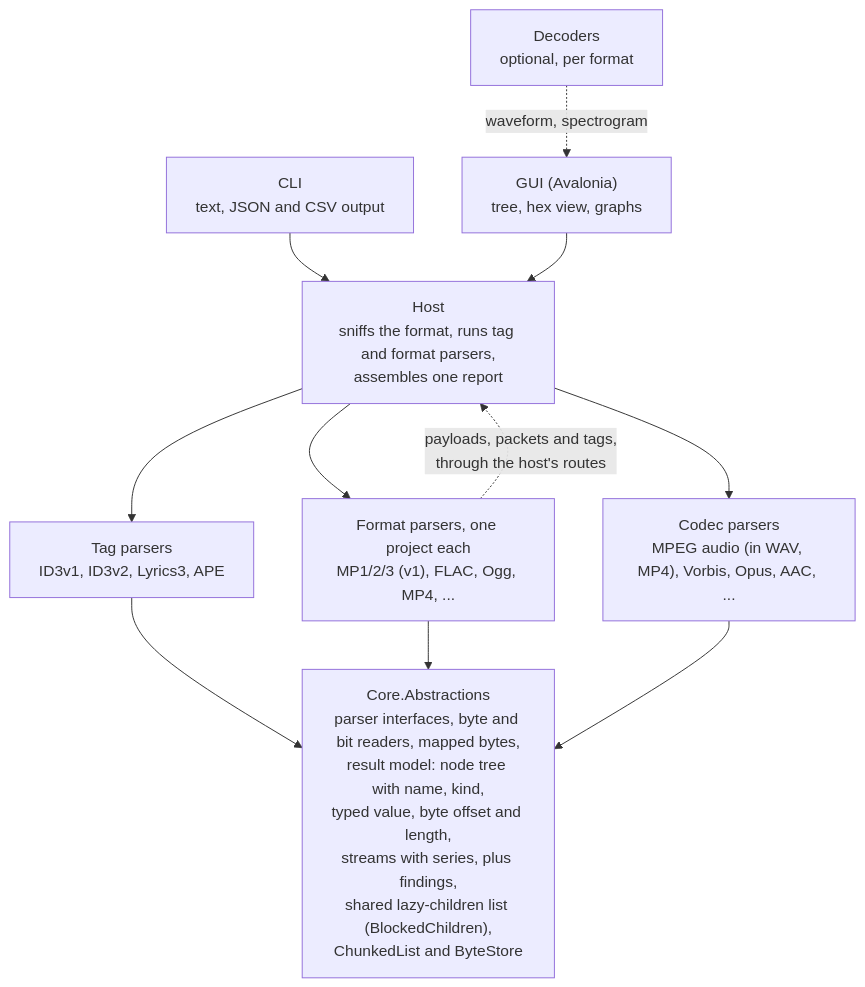
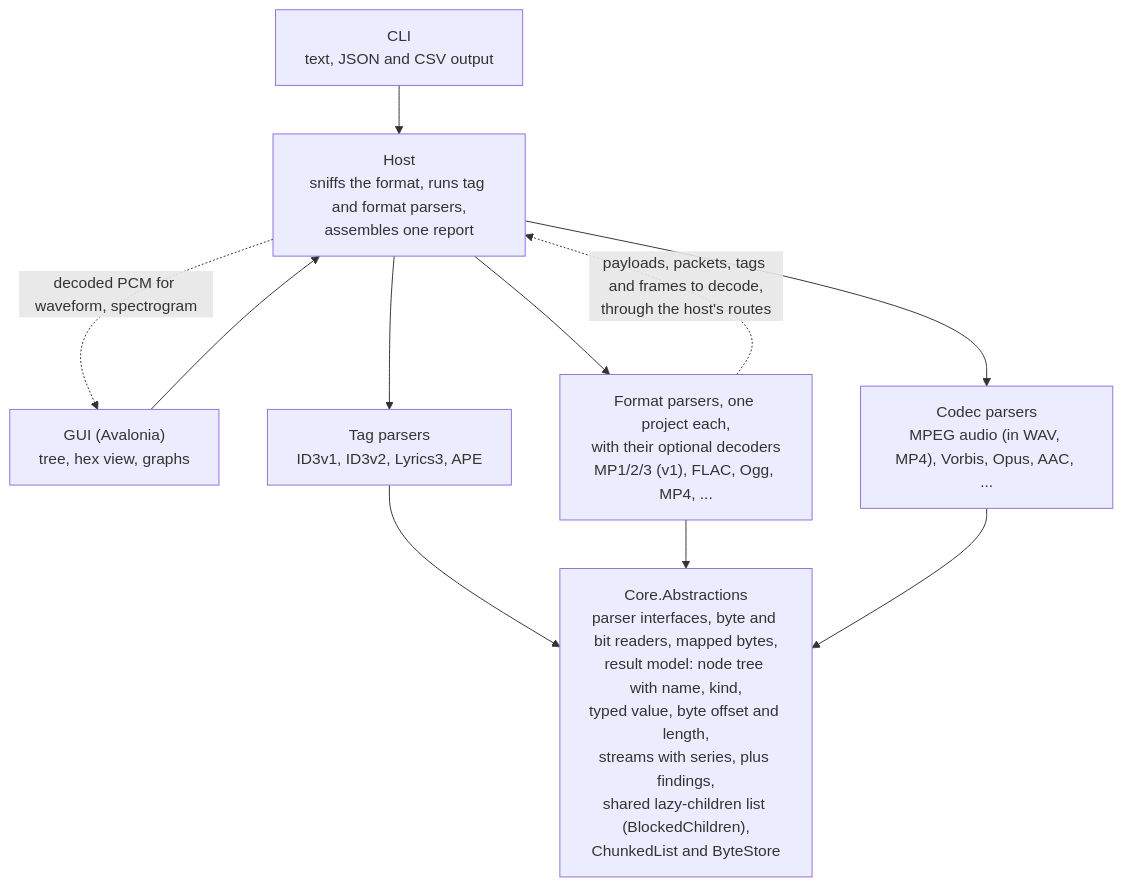
The diagram in docs/PLAN.md (smares/encspect), drawn with Mermaid before and after one commit. The commit also changed other lines of this file and 1 other file, not shown here.

First paragraph of the commit message:
Decoder contract for phase 3 (approved design) (#116)
* Draft the decoder contract for phase 3

````diff
--- a/docs/PLAN.md
+++ b/docs/PLAN.md
@@ -47,13 +47,13 @@
 ```mermaid
 flowchart TD
     CLI["CLI<br/>text, JSON and CSV output"] --> Host
     GUI["GUI (Avalonia)<br/>tree, hex view, graphs"] --> Host
-    Decoders["Decoders<br/>optional, per format"] -.->|"waveform, spectrogram"| GUI
+    Host -.->|"decoded PCM for waveform, spectrogram"| GUI
     Host["Host<br/>sniffs the format, runs tag and format parsers,<br/>assembles one report"] --> Tags["Tag parsers<br/>ID3v1, ID3v2, Lyrics3, APE"]
-    Host --> Formats["Format parsers, one project each<br/>MP1/2/3 (v1), FLAC, Ogg, MP4, ..."]
+    Host --> Formats["Format parsers, one project each,<br/>with their optional decoders<br/>MP1/2/3 (v1), FLAC, Ogg, MP4, ..."]
     Host --> Codecs["Codec parsers<br/>MPEG audio (in WAV, MP4), Vorbis, Opus, AAC, ..."]
-    Formats -.->|"payloads, packets and tags,<br/>through the host's routes"| Host
+    Formats -.->|"payloads, packets, tags and frames to decode,<br/>through the host's routes"| Host
     Tags --> Core["Core.Abstractions<br/>parser interfaces, byte and bit readers, mapped bytes,<br/>result model: node tree with name, kind,<br/>typed value, byte offset and length,<br/>streams with series, plus findings,<br/>shared lazy-children list (BlockedChildren),<br/>ChunkedList and ByteStore"]
     Formats --> Core
     Codecs --> Core
 ```
````
